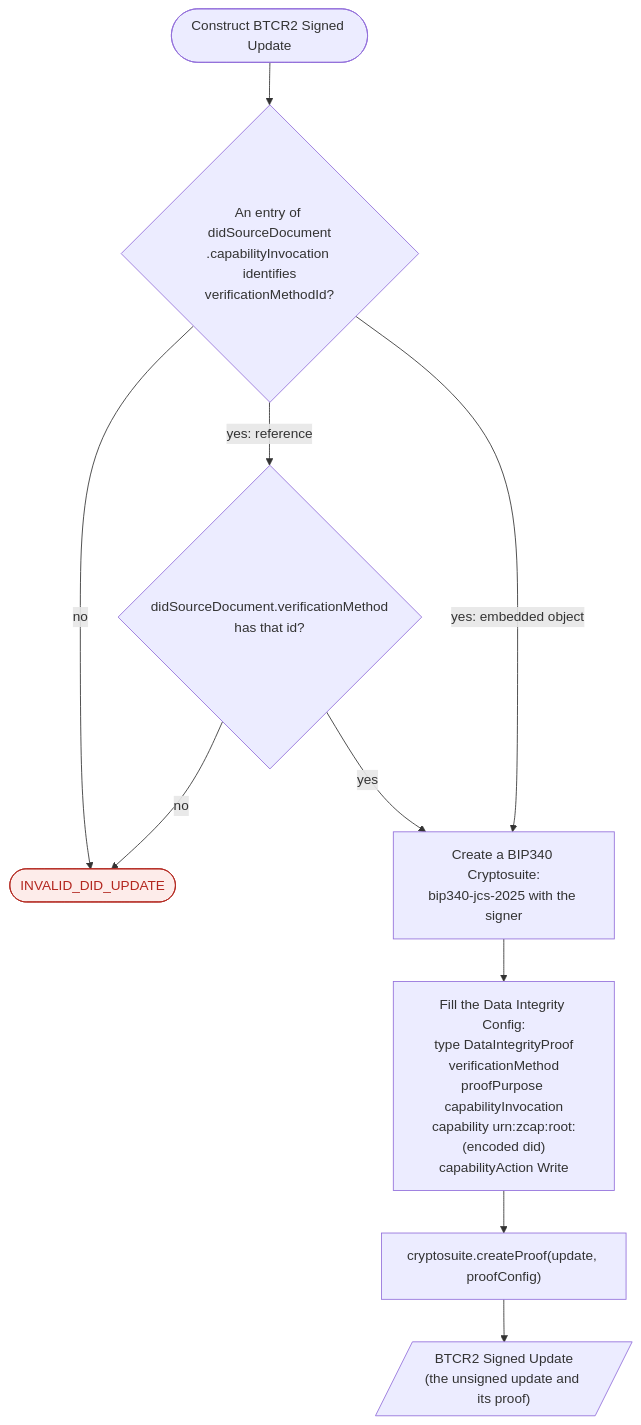
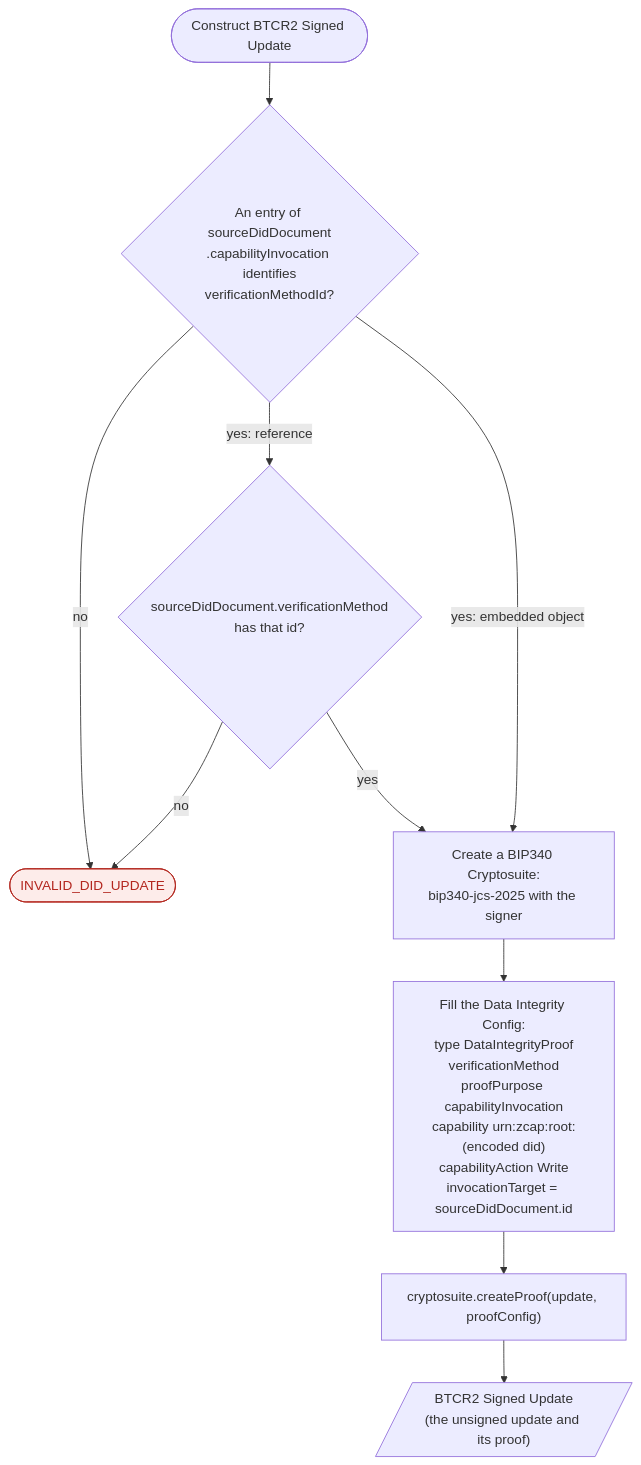
Before and after one commit to dcdpr/website-btcr2-dev: the third of 6 diagrams in src/content/docs/diagrams/update.md, drawn with Mermaid. The commit also changed other lines of this file and 4 other files, not shown here.

First line of the commit message:
docs(diagrams): follow the spec changes to update and resolve

````diff
--- a/src/content/docs/diagrams/update.md
+++ b/src/content/docs/diagrams/update.md
@@ -57,14 +67,14 @@
 ```mermaid
 flowchart TD
   classDef error fill:#fdecea,stroke:#b3261e,color:#b3261e
 
-  Start(["Construct BTCR2 Signed Update"]) --> Find{"An entry of didSourceDocument<br/>.capabilityInvocation identifies<br/>verificationMethodId?"}
+  Start(["Construct BTCR2 Signed Update"]) --> Find{"An entry of sourceDidDocument<br/>.capabilityInvocation identifies<br/>verificationMethodId?"}
   Find -->|"no"| Err(["INVALID_DID_UPDATE"]):::error
-  Find -->|"yes: reference"| Lookup{"didSourceDocument.verificationMethod<br/>has that id?"}
+  Find -->|"yes: reference"| Lookup{"sourceDidDocument.verificationMethod<br/>has that id?"}
   Lookup -->|"no"| Err
   Lookup -->|"yes"| Suite
   Find -->|"yes: embedded object"| Suite["Create a BIP340 Cryptosuite:<br/>bip340-jcs-2025 with the signer"]
-  Suite --> Config["Fill the Data Integrity Config:<br/>type DataIntegrityProof<br/>verificationMethod<br/>proofPurpose capabilityInvocation<br/>capability urn:zcap:root:(encoded did)<br/>capabilityAction Write"]
+  Suite --> Config["Fill the Data Integrity Config:<br/>type DataIntegrityProof<br/>verificationMethod<br/>proofPurpose capabilityInvocation<br/>capability urn:zcap:root:(encoded did)<br/>capabilityAction Write<br/>invocationTarget = sourceDidDocument.id"]
   Config --> Proof["cryptosuite.createProof(update, proofConfig)"]
   Proof --> Return[/"BTCR2 Signed Update<br/>(the unsigned update and its proof)"/]
 ```
````
